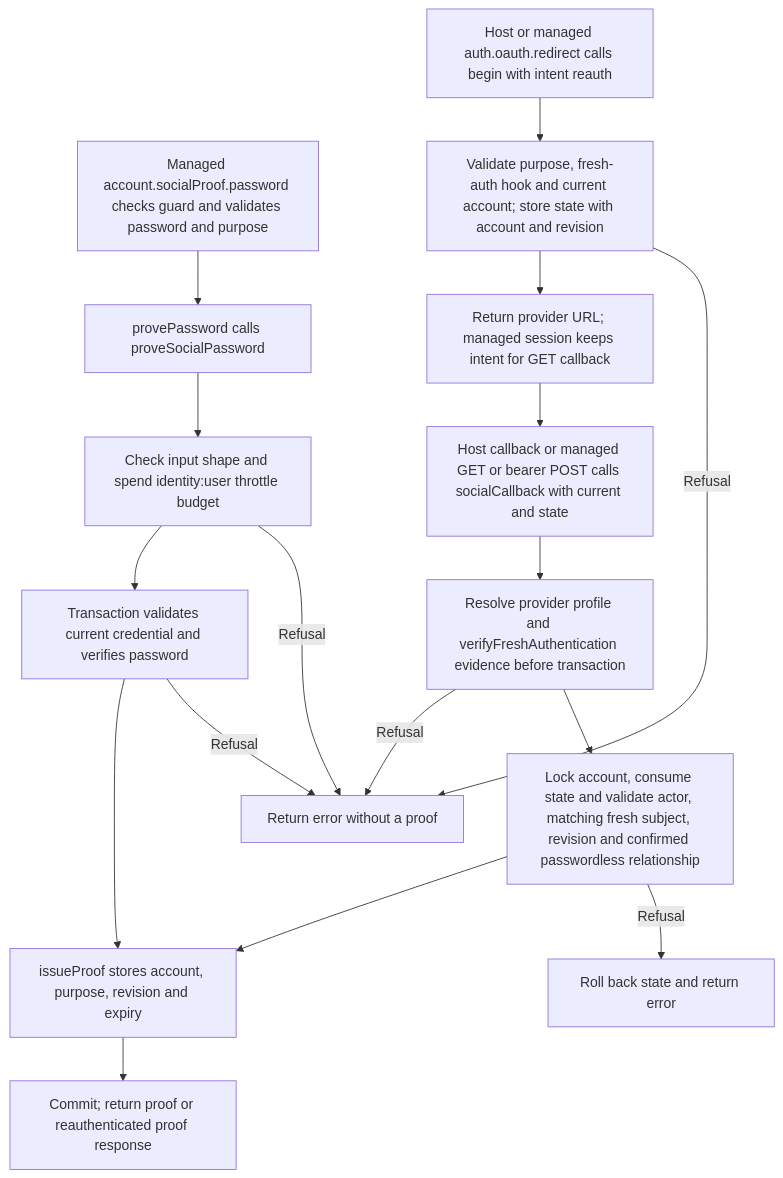
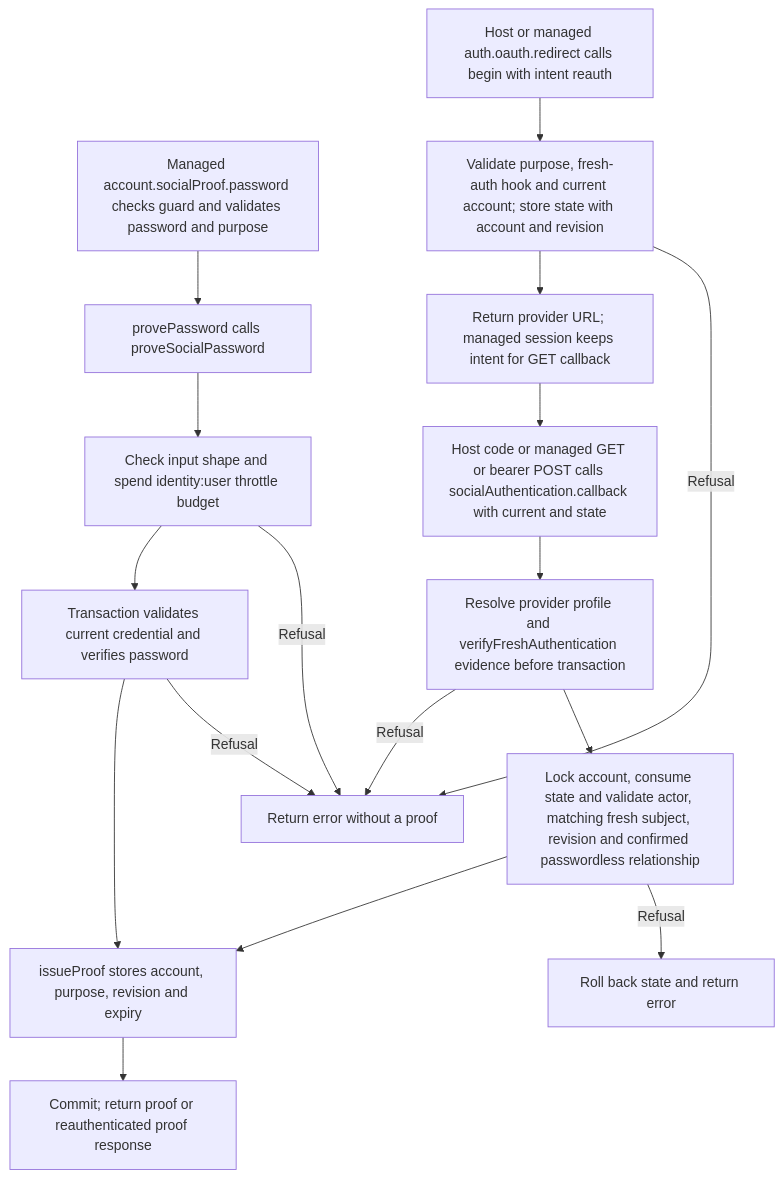
The second of 2 diagrams in user-stories/US-ACCOUNT-23-prove-social-action.md (Kevinjohn/oss-adonisjs-account-kit), drawn with Mermaid before and after one commit. The commit also changed 29 other files, not shown here.

````diff
--- a/user-stories/US-ACCOUNT-23-prove-social-action.md
+++ b/user-stories/US-ACCOUNT-23-prove-social-action.md
@@ -38,19 +38,19 @@
 ```mermaid
 flowchart TD
  M["Managed account.socialProof.password checks guard and validates password and purpose"] --> A
  A["provePassword calls proveSocialPassword"] --> B["Check input shape and spend identity:user throttle budget"]
  B -->|Refusal| E["Return error without a proof"]
  B --> C["Transaction validates current credential and verifies password"]
  C -->|Refusal| E
  C --> P["issueProof stores account, purpose, revision and expiry"]
  H["Host or managed auth.oauth.redirect calls begin with intent reauth"] --> I["Validate purpose, fresh-auth hook and current account; store state with account and revision"]
  I -->|Refusal| E
  I --> J["Return provider URL; managed session keeps intent for GET callback"]
- J --> K["Host callback or managed GET or bearer POST calls socialCallback with current and state"]
+ J --> K["Host code or managed GET or bearer POST calls socialAuthentication.callback with current and state"]
  K --> L["Resolve provider profile and verifyFreshAuthentication evidence before transaction"]
  L --> N["Lock account, consume state and validate actor, matching fresh subject, revision and confirmed passwordless relationship"]
  L -->|Refusal| E
  N -->|Refusal| R["Roll back state and return error"]
  N --> P
  P --> S["Commit; return proof or reauthenticated proof response"]
 ```
````
